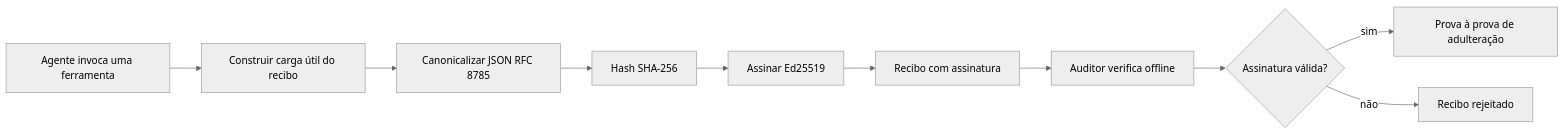
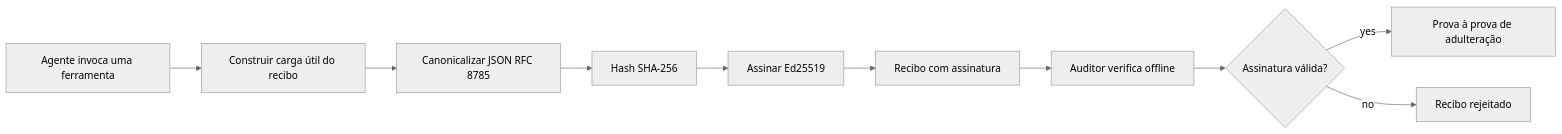
Before and after one commit to gabrielmoreira/agent-skills-mirror: the first of 2 diagrams in mirrors/repos/microsoft@ai-agents-for-beginners/translations/pt-BR/18-securing-ai-agents/README.md, drawn with Mermaid (neutral theme). The commit also changed other lines of this file and 8886 other files, not shown here.

````diff
--- a/mirrors/repos/microsoft@ai-agents-for-beginners/translations/pt-BR/18-securing-ai-agents/README.md
+++ b/mirrors/repos/microsoft@ai-agents-for-beginners/translations/pt-BR/18-securing-ai-agents/README.md
@@ -51,12 +51,12 @@
 ```mermaid
 flowchart LR
     A[Agente invoca uma ferramenta] --> B[Construir carga útil do recibo]
     B --> C[Canonicalizar JSON RFC 8785]
     C --> D[Hash SHA-256]
     D --> E[Assinar Ed25519]
     E --> F[Recibo com assinatura]
     F --> G[Auditor verifica offline]
     G --> H{Assinatura válida?}
-    H -- sim --> I[Prova à prova de adulteração]
-    H -- não --> J[Recibo rejeitado]
+    H -- yes --> I[Prova à prova de adulteração]
+    H -- no --> J[Recibo rejeitado]
 ```
````
